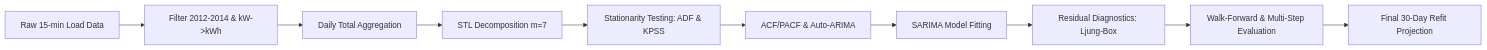
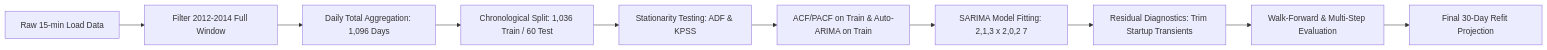
Before and after one commit to Akki-74/Electricity-Demand-Forecasting-with-SARIMA: the diagram in REPORT.md, drawn with Mermaid. The commit also changed other lines of this file and 19 other files, not shown here.

````diff
--- a/REPORT.md
+++ b/REPORT.md
@@ -30,12 +31,12 @@
 ```mermaid
 flowchart LR
-    A[Raw 15-min Load Data] --> B[Filter 2012-2014 & kW->kWh]
-    B --> C[Daily Total Aggregation]
-    C --> D[STL Decomposition m=7]
+    A[Raw 15-min Load Data] --> B[Filter 2012-2014 Full Window]
+    B --> C[Daily Total Aggregation: 1,096 Days]
+    C --> D[Chronological Split: 1,036 Train / 60 Test]
     D --> E[Stationarity Testing: ADF & KPSS]
-    E --> F[ACF/PACF & Auto-ARIMA]
-    F --> G[SARIMA Model Fitting]
-    G --> H[Residual Diagnostics: Ljung-Box]
+    E --> F[ACF/PACF on Train & Auto-ARIMA on Train]
+    F --> G[SARIMA Model Fitting: 2,1,3 x 2,0,2 7]
+    G --> H[Residual Diagnostics: Trim Startup Transients]
     H --> I[Walk-Forward & Multi-Step Evaluation]
     I --> J[Final 30-Day Refit Projection]
 ```
````
